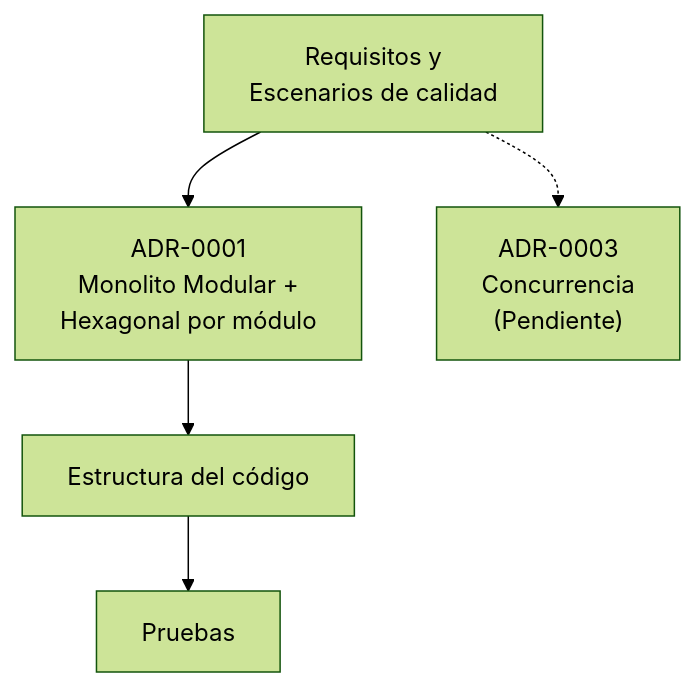
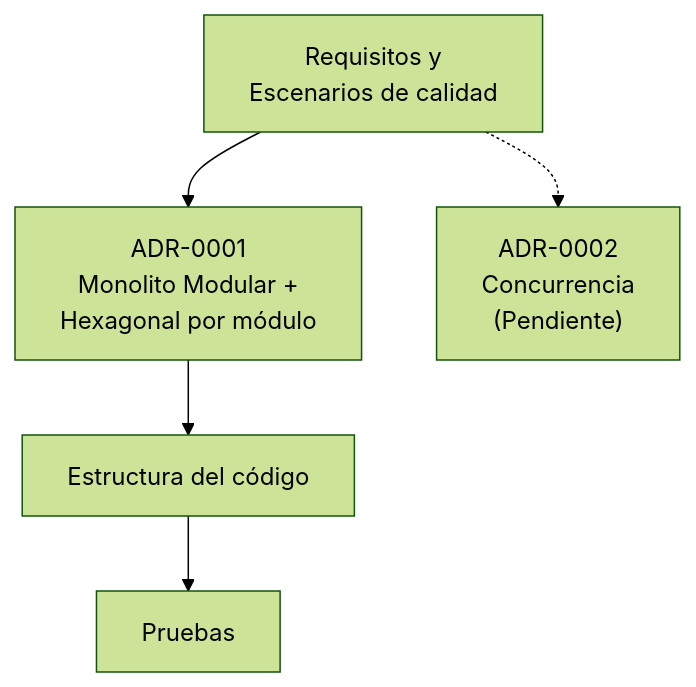
One commit to ISCOUTB/AS_202620_InvenTrack changed the seventh of 7 diagrams in docs/arc42/arc42-template-EN.md. Above: the diagram before and after it, drawn with Mermaid (forest theme). The commit also changed other lines of this file, not shown here.

Commit message:
Fix references to ADR-0002 and ADR-0003 in documentation

````diff
--- a/docs/arc42/arc42-template-EN.md
+++ b/docs/arc42/arc42-template-EN.md
@@ -496,21 +496,21 @@
 ```mermaid
 flowchart TB
 
     REQ["Requisitos y<br/>Escenarios de calidad"]
 
     ADR1["ADR-0001<br/>Monolito Modular +<br/>Hexagonal por módulo"]
 
     CODE["Estructura del código"]
 
     TEST["Pruebas"]
 
     REQ --> ADR1
 
     ADR1 --> CODE
 
     CODE --> TEST
 
-    ADR3["ADR-0003<br/>Concurrencia<br/>(Pendiente)"]
+    ADR3["ADR-0002<br/>Concurrencia<br/>(Pendiente)"]
 
     REQ -.-> ADR3
 ```
````
